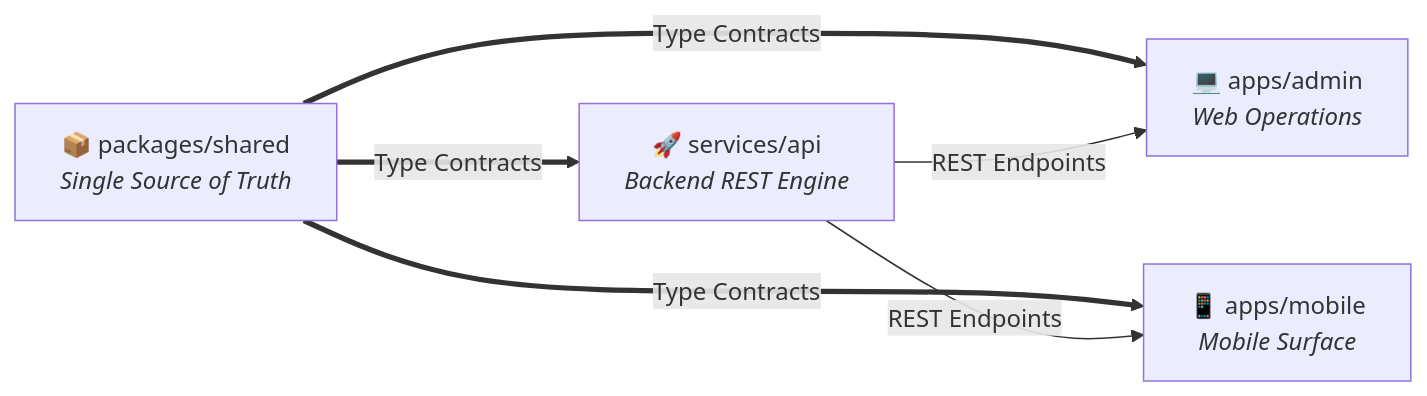
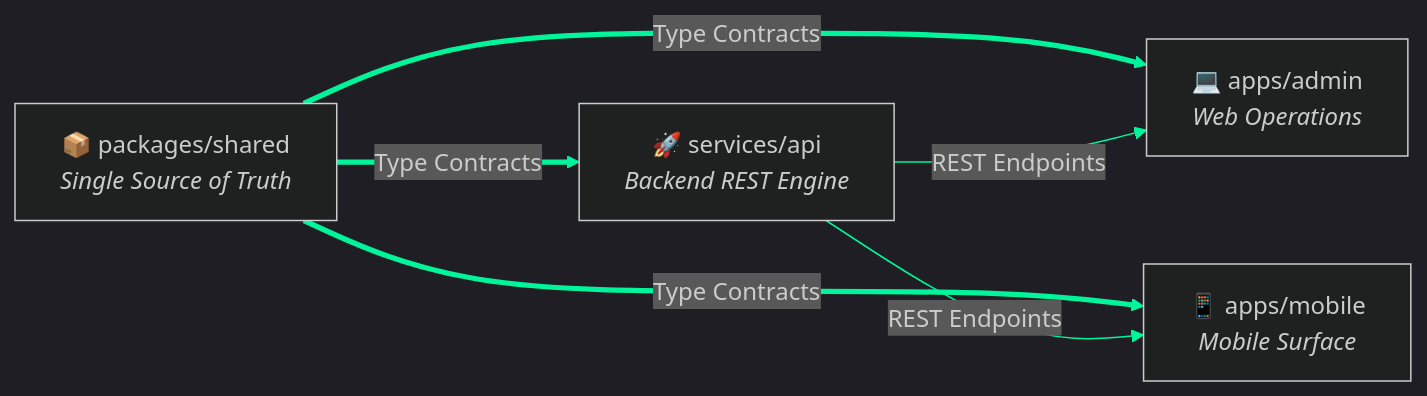
The fifth of 7 diagrams in README.md (Gaurav-Khaladkar/UrbanThali-Foods), drawn with Mermaid before and after one commit. The commit also changed other lines of this file and 4 other files, not shown here.

````diff
--- a/README.md
+++ b/README.md
@@ -350,14 +384,15 @@
 ```mermaid
+%%{init: {'theme': 'dark', 'themeVariables': { 'darkMode': true, 'background': '#090D16', 'primaryColor': '#38BDF8', 'primaryTextColor': '#FFFFFF', 'primaryBorderColor': '#0284C7', 'lineColor': '#00F59B' }}}%%
 graph LR
     Shared["📦 packages/shared<br/><i>Single Source of Truth</i>"]
     API["🚀 services/api<br/><i>Backend REST Engine</i>"]
     Admin["💻 apps/admin<br/><i>Web Operations</i>"]
     Mobile["📱 apps/mobile<br/><i>Mobile Surface</i>"]
 
     Shared ==>|Type Contracts| API
     Shared ==>|Type Contracts| Admin
     Shared ==>|Type Contracts| Mobile
 
     API -->|REST Endpoints| Admin
     API -->|REST Endpoints| Mobile
 ```
````
